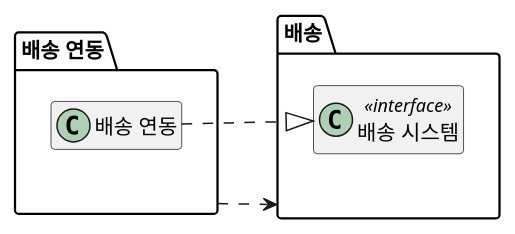
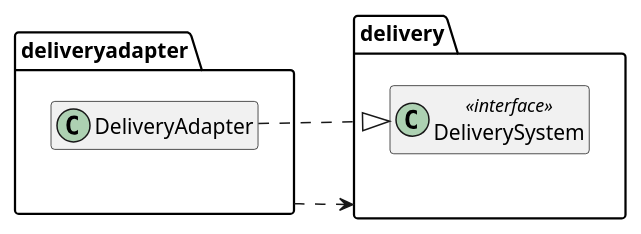
The eighth of 12 diagrams in courses/ooad/sessions/s05.md (YoungSan77/TrainingMaterials), drawn with PlantUML before and after one commit. The commit also changed other lines of this file and 69 other files, not shown here.

````diff
--- a/courses/ooad/sessions/s05.md
+++ b/courses/ooad/sessions/s05.md
@@ -887,14 +913,14 @@
 ```plantuml:package
 @startuml
 hide empty members
 left to right direction
-package "배송" as D {
-  class "배송 시스템" as DS <<interface>>
+package "delivery" as D {
+  class "DeliverySystem" as DS <<interface>>
 }
-package "배송 연동" as DA {
-  class "배송 연동" as Adapter
+package "deliveryadapter" as DA {
+  class "DeliveryAdapter" as Adapter
 }
 DA ..> D
 Adapter ..|> DS
 @enduml
 ```
````
